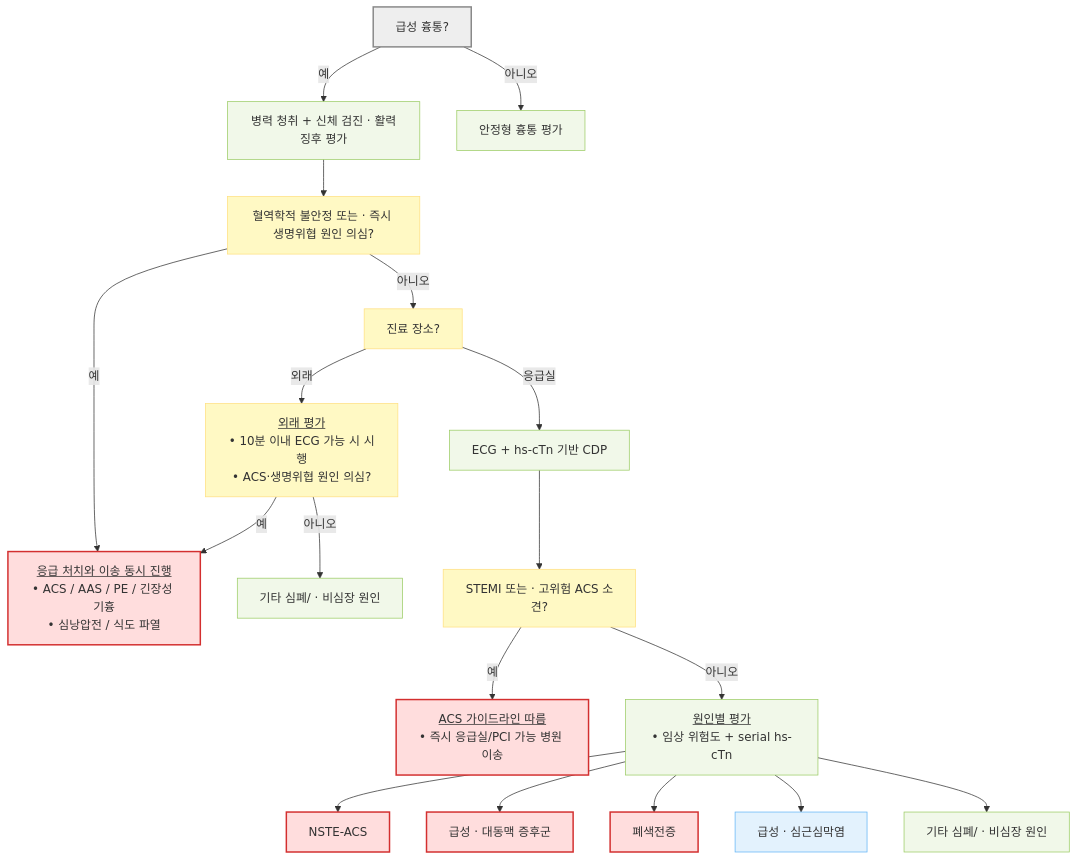
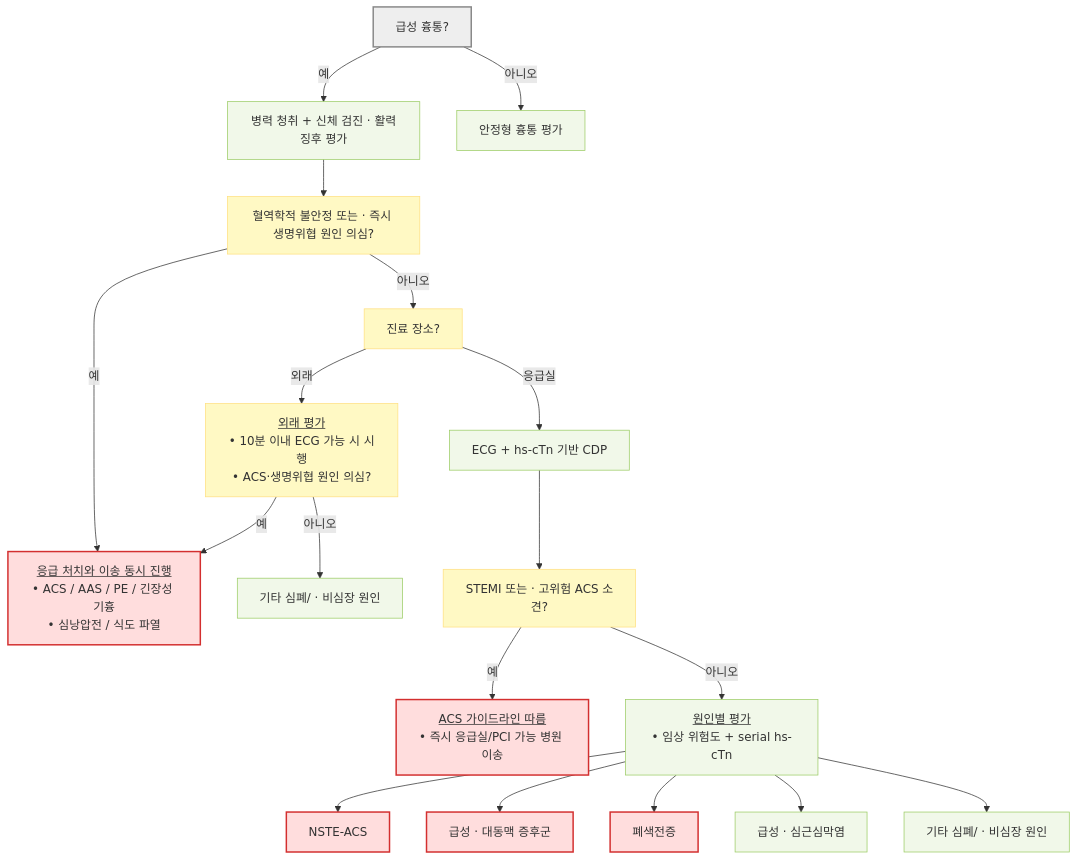
One commit to familyoh77/familyoh77 changed the second of 2 diagrams in 220_/002_-chest-pain.md. Above: the diagram before and after it, drawn with Mermaid. The commit also changed other lines of this file, not shown here.

````diff
--- a/220_/002_-chest-pain.md
+++ b/220_/002_-chest-pain.md
@@ -276,31 +281,30 @@
 ```mermaid
 flowchart TD
     A["급성 흉통?"] -- "예" --> B["병력 청취 + 신체 검진 · 활력징후 평가"]
     A -- "아니오" --> Z["안정형 흉통 평가"]
     B --> L["혈역학적 불안정 또는 · 즉시 생명위협 원인 의심?"]
     L -- "예" --> R["<u>응급 처치와 이송 동시 진행</u><br/>• ACS / AAS / PE / 긴장성 기흉<br/>• 심낭압전 / 식도 파열"]
     L -- "아니오" --> C["진료 장소?"]
     C -- "외래" --> O["<u>외래 평가</u><br/>• 10분 이내 ECG 가능 시 시행<br/>• ACS·생명위협 원인 의심?"]
     C -- "응급실" --> T["ECG + hs-cTn 기반 CDP"]
     O -- "예" --> R
     O -- "아니오" --> K1["기타 심폐/ · 비심장 원인"]
     T --> Q["STEMI 또는 · 고위험 ACS 소견?"]
     Q -- "예" --> D["<u>ACS 가이드라인 따름</u><br/>• 즉시 응급실/PCI 가능 병원 이송"]
     Q -- "아니오" --> E["<u>원인별 평가</u><br/>• 임상 위험도 + serial hs-cTn"]
     E --> G["NSTE-ACS"]
     E --> H["급성 · 대동맥 증후군"]
     E --> I["폐색전증"]
     E --> J["급성 · 심근심막염"]
     E --> K["기타 심폐/ · 비심장 원인"]
 
     classDef start fill:#eeeeee,stroke:#888888,stroke-width:2px
     classDef question fill:#fff9c4,stroke:#ffe082
     classDef emergency fill:#ffdddd,stroke:#d32f2f,stroke-width:2px
     classDef evaluation fill:#f1f8e9,stroke:#9ccc65
     classDef treatment fill:#e3f2fd,stroke:#64b5f6
     class A start
     class L,C,O,Q question
     class R,D,G,H,I emergency
-    class B,Z,T,E,K,K1 evaluation
-    class J treatment
+    class B,Z,T,E,J,K,K1 evaluation
 ```
````
